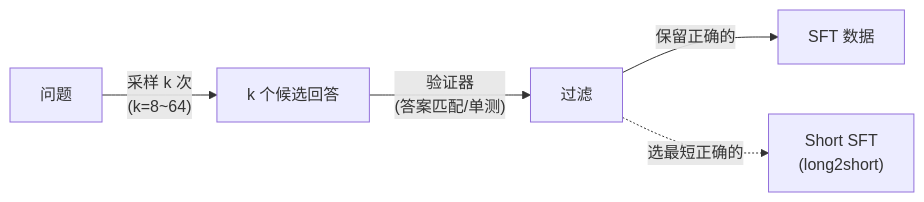
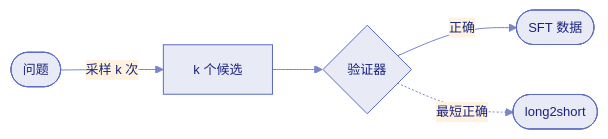
The second of 8 diagrams in docs/post-training/ch2/2.9-data-engineering.md (XavierZhang2002/agentic-rl-analysis), drawn with Mermaid before and after one commit. The commit also changed other lines of this file and 1 other file, not shown here.

First line of the commit message:
style: 优化 Mermaid 图表视觉效果

````diff
--- a/docs/post-training/ch2/2.9-data-engineering.md
+++ b/docs/post-training/ch2/2.9-data-engineering.md
@@ -75,7 +74,8 @@
 ```mermaid
+%%{init: {'theme': 'base', 'themeVariables': {'primaryColor': '#e8eaf6', 'primaryTextColor': '#1a237e', 'primaryBorderColor': '#5c6bc0', 'lineColor': '#7986cb', 'secondaryColor': '#fff3e0', 'tertiaryColor': '#e0f2f1', 'fontFamily': 'Noto Sans SC, sans-serif', 'fontSize': '13px'}}}%%
 flowchart LR
-    Q["问题"] -->|"采样 k 次\n(k=8~64)"| R["k 个候选回答"]
-    R -->|"验证器\n(答案匹配/单测)"| F["过滤"]
-    F -->|"保留正确的"| D["SFT 数据"]
-    F -.->|"选最短正确的"| S["Short SFT\n(long2short)"]
+    Q(["问题"]) -->|"采样 k 次"| R["k 个候选"]
+    R --> F{"验证器"}
+    F -->|"正确"| D([SFT 数据])
+    F -.->|"最短正确"| S([long2short])
 ```
````
